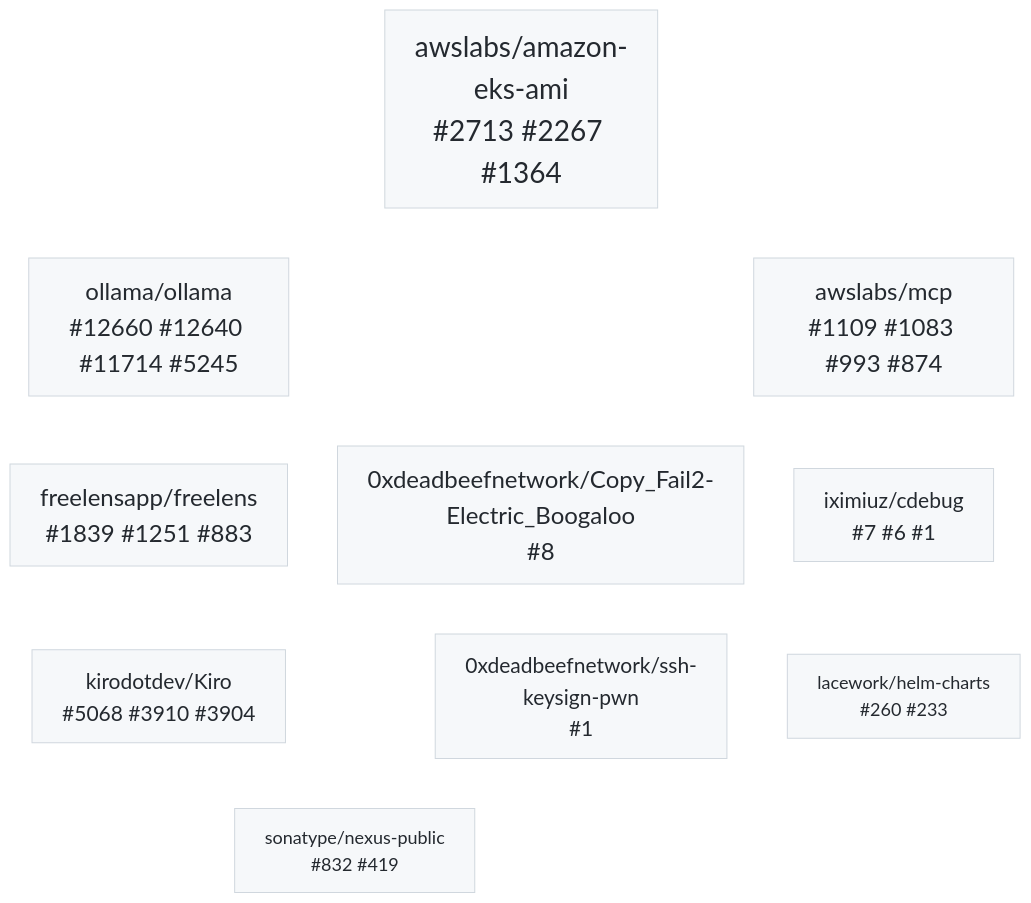
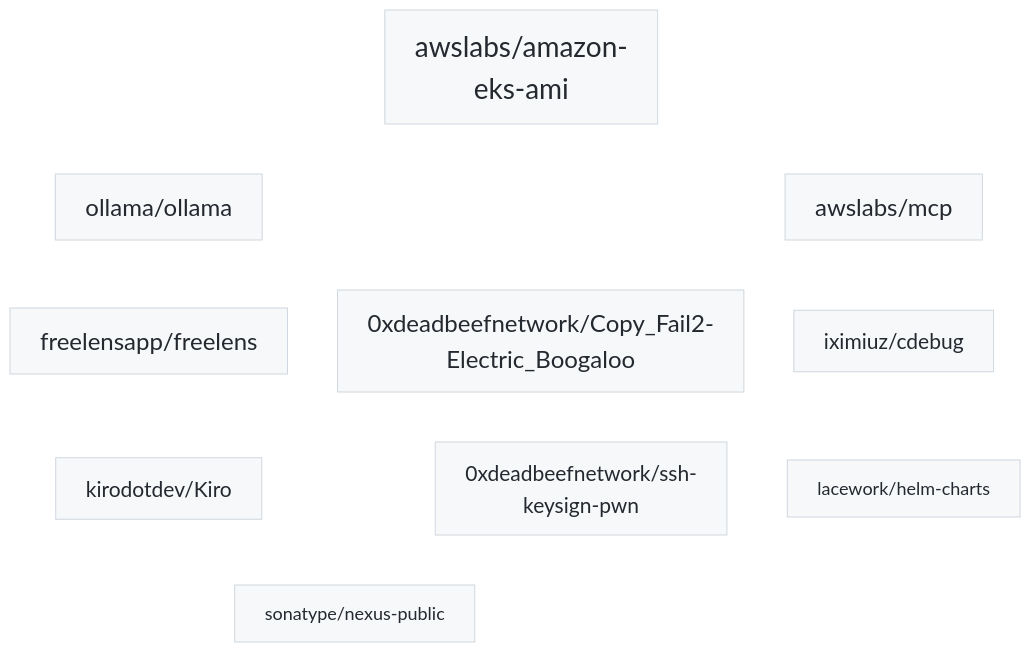
The diagram in README.md (kappa8219/kappa8219), drawn with Mermaid before and after one commit. The commit also changed 1 other file, not shown here.

Commit message:
Remove issue text from mermaid diagram
Restore project boxes to repo-name-only labels with no issue number links or text.

````diff
--- a/README.md
+++ b/README.md
@@ -4,38 +4,38 @@
 ```mermaid
 graph TB
   classDef tag fill:#f6f8fa,stroke:#d0d7de,color:#24292f;
   linkStyle default stroke:transparent,stroke-width:0px;
-  p1["awslabs/amazon-eks-ami<br/>#2713 #2267 #1364"]:::tag
+  p1["awslabs/amazon-eks-ami"]:::tag
   style p1 font-size:28px
-  p2["ollama/ollama<br/>#12660 #12640 #11714 #5245"]:::tag
+  p2["ollama/ollama"]:::tag
   style p2 font-size:24px
-  p3["freelensapp/freelens<br/>#1839 #1251 #883"]:::tag
+  p3["freelensapp/freelens"]:::tag
   style p3 font-size:24px
-  p4["awslabs/mcp<br/>#1109 #1083 #993 #874"]:::tag
+  p4["awslabs/mcp"]:::tag
   style p4 font-size:24px
-  p5["0xdeadbeefnetwork/Copy_Fail2-Electric_Boogaloo<br/>#8"]:::tag
+  p5["0xdeadbeefnetwork/Copy_Fail2-Electric_Boogaloo"]:::tag
   style p5 font-size:24px
-  p6["kirodotdev/Kiro<br/>#5068 #3910 #3904"]:::tag
+  p6["kirodotdev/Kiro"]:::tag
   style p6 font-size:21px
-  p7["iximiuz/cdebug<br/>#7 #6 #1"]:::tag
+  p7["iximiuz/cdebug"]:::tag
   style p7 font-size:21px
-  p8["0xdeadbeefnetwork/ssh-keysign-pwn<br/>#1"]:::tag
+  p8["0xdeadbeefnetwork/ssh-keysign-pwn"]:::tag
   style p8 font-size:21px
-  p9["sonatype/nexus-public<br/>#832 #419"]:::tag
+  p9["sonatype/nexus-public"]:::tag
   style p9 font-size:18px
-  p10["lacework/helm-charts<br/>#260 #233"]:::tag
+  p10["lacework/helm-charts"]:::tag
   style p10 font-size:18px
   p1 --- p2
   p1 --- p4
   p2 --- p3
   p2 --- p5
   p3 --- p6
   p4 --- p5
   p4 --- p7
   p5 --- p6
   p5 --- p8
   p6 --- p9
   p7 --- p8
   p7 --- p10
   p8 --- p9
 ```
````
